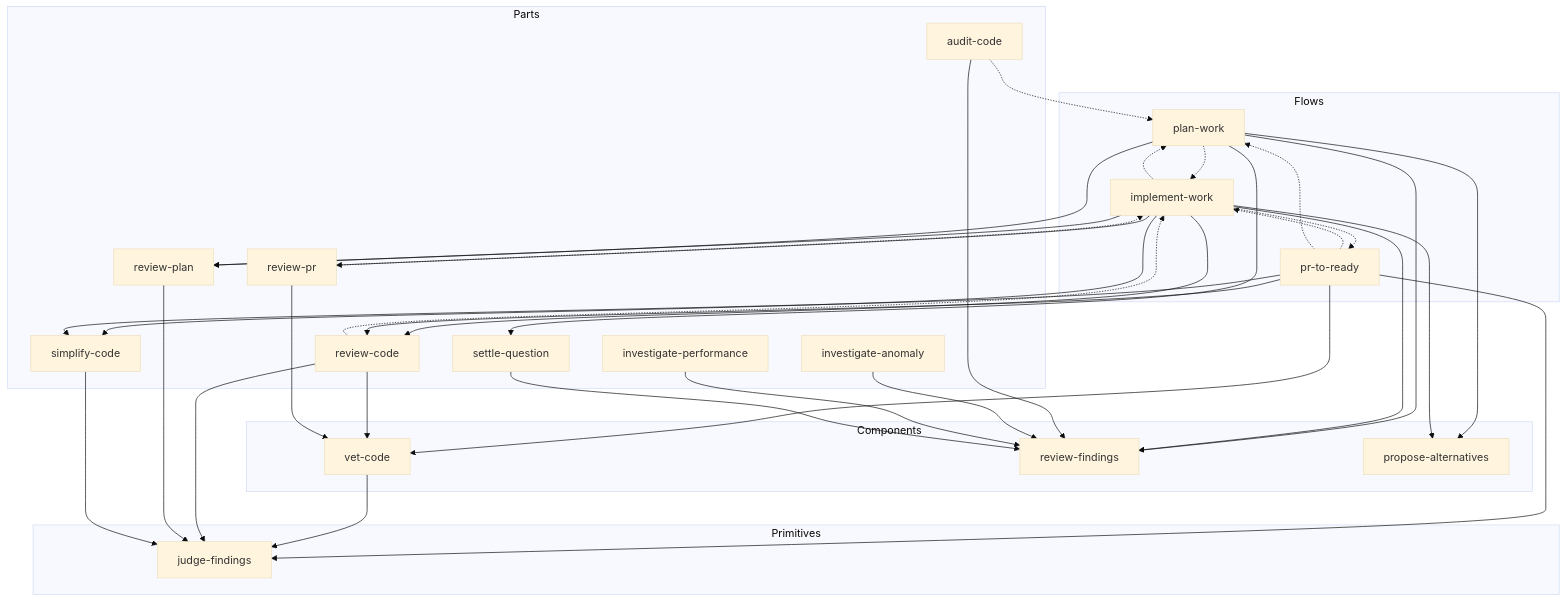
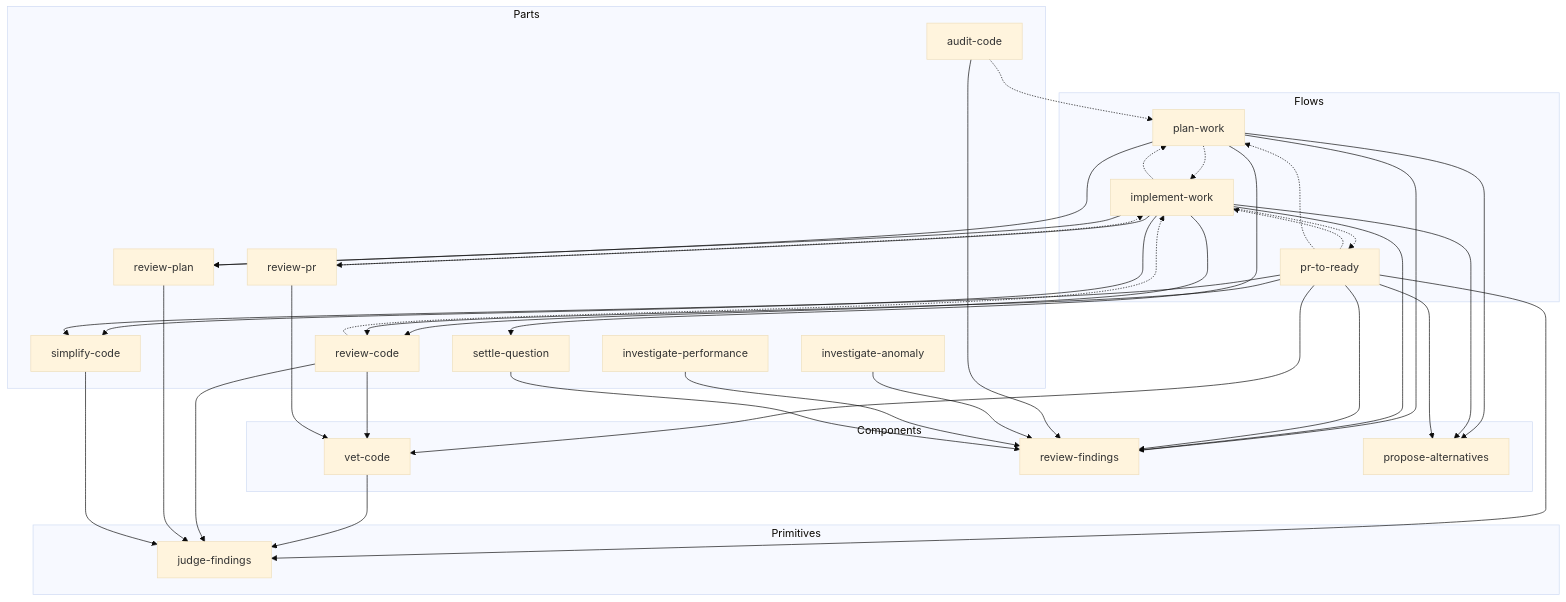
The first of 2 diagrams in README.md (yowcow/dude), drawn with Mermaid (base theme) before and after one commit. The commit also changed 1 other file, not shown here.

Commit message:
pr-to-ready: レビュー依頼の前に propose-alternatives を呼ぶ
(c): brief が PR 本文だと著者の手段が目的として渡り、独立別案にならない。

````diff
--- a/README.md
+++ b/README.md
@@ -38,60 +38,62 @@
 ```mermaid
 flowchart TB
   subgraph Flows
     plan-work
     implement-work
     pr-to-ready
   end
   subgraph Parts
     review-code
     review-plan
     simplify-code
     review-pr
     audit-code
     settle-question
     investigate-anomaly
     investigate-performance
   end
   subgraph Components
     vet-code
     review-findings
     propose-alternatives
   end
   subgraph Primitives
     judge-findings
   end
 
   plan-work -.-> implement-work
   implement-work -.-> plan-work
   implement-work -.-> pr-to-ready
   pr-to-ready -.-> implement-work
   pr-to-ready -.-> plan-work
   review-code -.-> implement-work
   review-pr -.-> implement-work
   audit-code -.-> plan-work
 
   plan-work --> review-plan
   plan-work --> settle-question
   plan-work --> propose-alternatives
   plan-work --> review-findings
   implement-work --> review-code
   implement-work --> review-plan
   implement-work --> review-pr
   implement-work --> simplify-code
   implement-work --> propose-alternatives
   implement-work --> review-findings
   pr-to-ready --> review-code
   pr-to-ready --> simplify-code
   pr-to-ready --> vet-code
   pr-to-ready --> judge-findings
+  pr-to-ready --> propose-alternatives
+  pr-to-ready --> review-findings
   audit-code --> review-findings
   investigate-anomaly --> review-findings
   investigate-performance --> review-findings
   settle-question --> review-findings
   review-code --> vet-code
   review-pr --> vet-code
   vet-code --> judge-findings
   review-code --> judge-findings
   review-plan --> judge-findings
   simplify-code --> judge-findings
 ```
````
